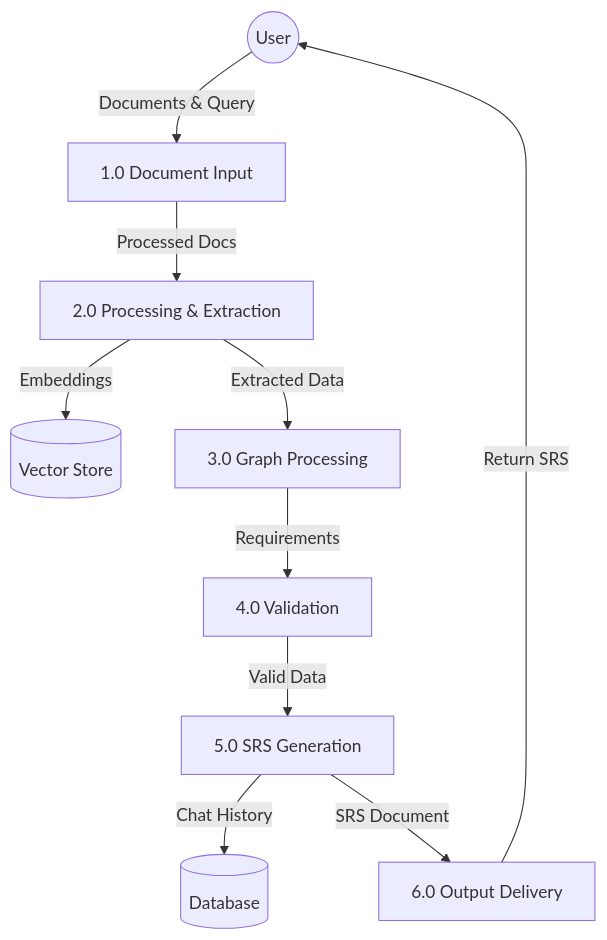
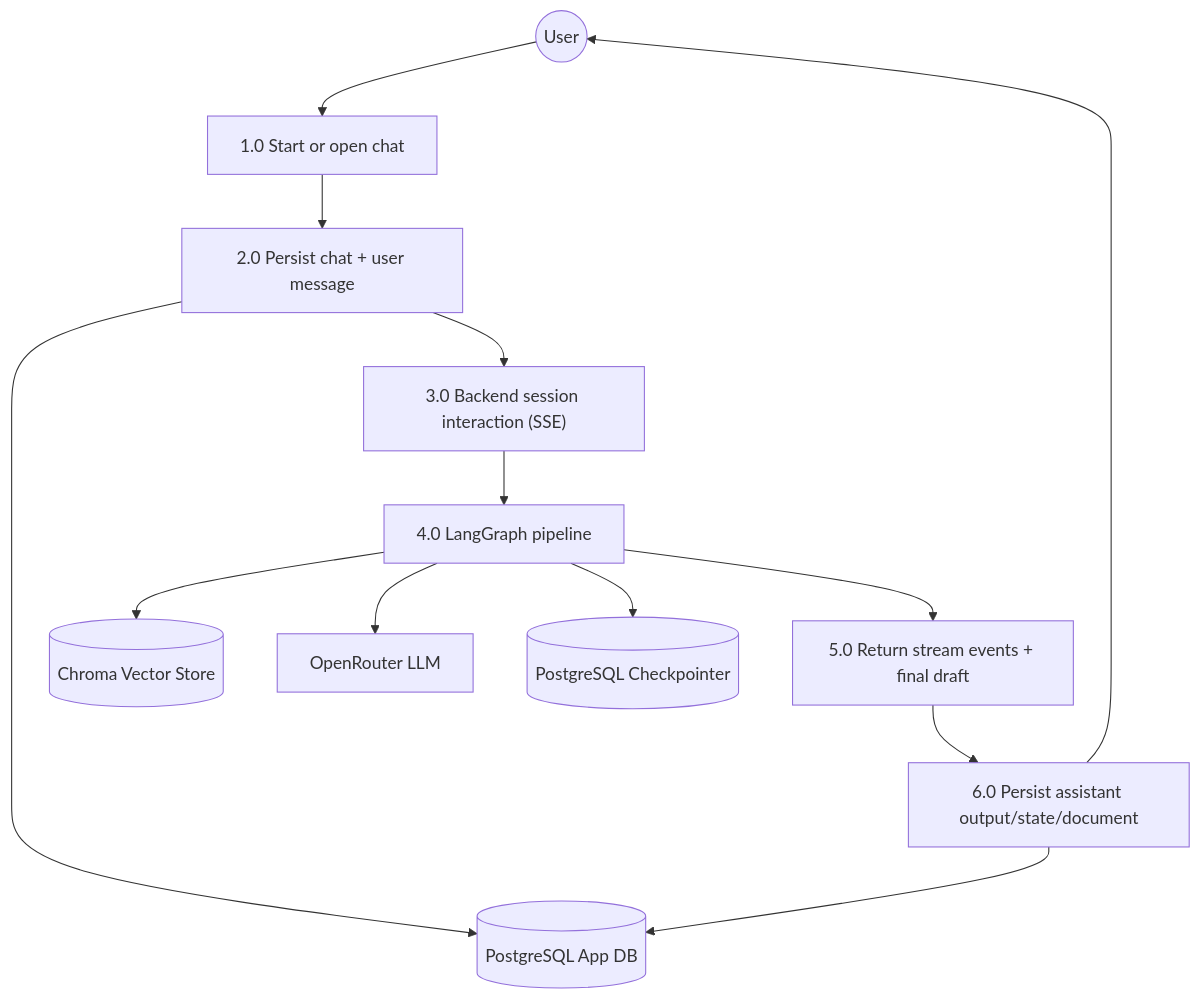
One commit to Ta1al/automated-SRS-generator changed the second of 3 diagrams in documentation/dataflow_diagram.md. Above: the diagram before and after it, drawn with Mermaid. The commit also changed other lines of this file and 3 other files, not shown here.

Commit message:
Update documentation for activity, class, data flow, and ER diagrams

````diff
--- a/documentation/dataflow_diagram.md
+++ b/documentation/dataflow_diagram.md
@@ -15,16 +17,18 @@
 ```mermaid
 graph TD
-    User((User))
-    DB[(Database)]
-    VectorDB[(Vector Store)]
-    
-    User -->|Documents & Query| Input["1.0 Document Input"]
-    Input -->|Processed Docs| Processing["2.0 Processing & Extraction"]
-    Processing -->|Embeddings| VectorDB
-    Processing -->|Extracted Data| Graph["3.0 Graph Processing"]
-    Graph -->|Requirements| Validation["4.0 Validation"]
-    Validation -->|Valid Data| Generation["5.0 SRS Generation"]
-    Generation -->|Chat History| DB
-    Generation -->|SRS Document| Output["6.0 Output Delivery"]
-    Output -->|Return SRS| User
+    User((User)) --> P1["1.0 Start or open chat"]
+    P1 --> P2["2.0 Persist chat + user message"]
+    P2 --> AppDB[(PostgreSQL App DB)]
+
+    P2 --> P3["3.0 Backend session interaction (SSE)"]
+    P3 --> Graph["4.0 LangGraph pipeline"]
+
+    Graph --> VectorDB[(Chroma Vector Store)]
+    Graph --> LLM[OpenRouter LLM]
+    Graph --> Checkpointer[(PostgreSQL Checkpointer)]
+
+    Graph --> P5["5.0 Return stream events + final draft"]
+    P5 --> P6["6.0 Persist assistant output/state/document"]
+    P6 --> AppDB
+    P6 --> User
 ```
````
